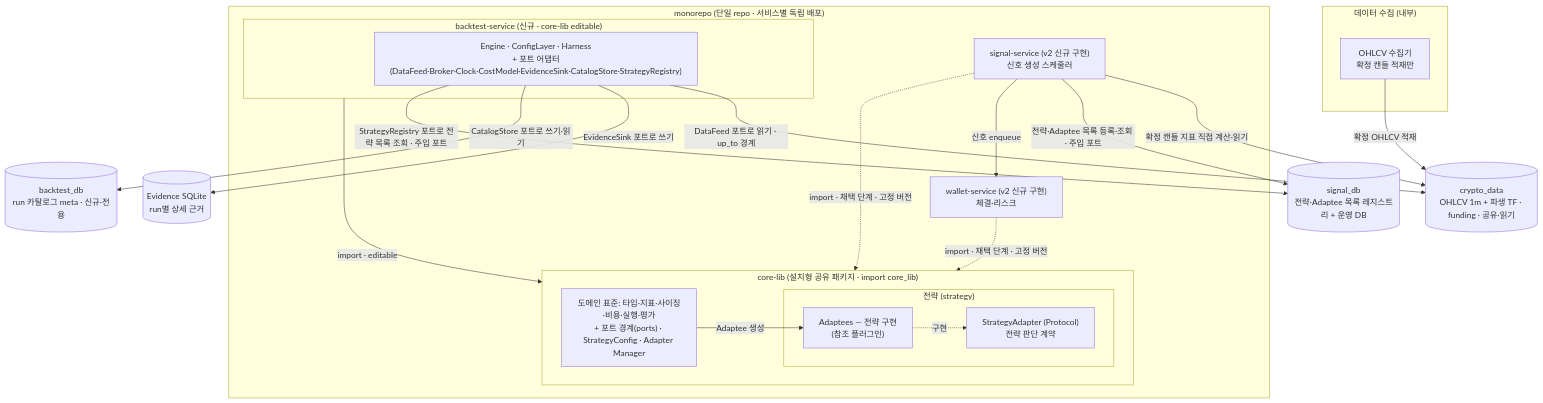
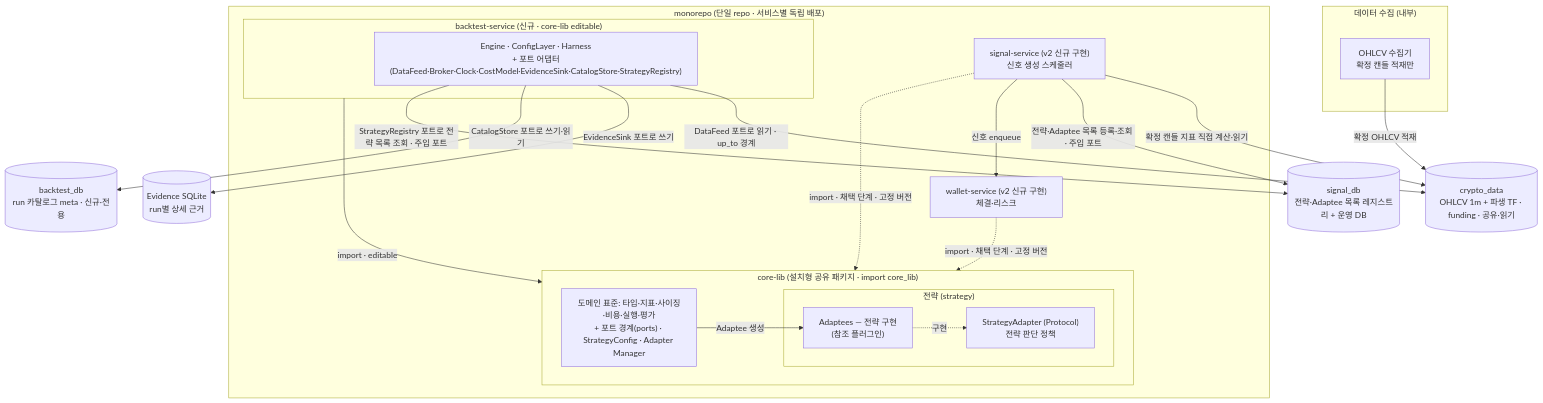
The first of 38 diagrams in docs/fullspec/backtest_v2_detailed_design.md (vessel35/trading-system-v2), drawn with Mermaid before and after one commit. The commit also changed other lines of this file and 21 other files, not shown here.

````diff
--- a/docs/fullspec/backtest_v2_detailed_design.md
+++ b/docs/fullspec/backtest_v2_detailed_design.md
@@ -165,41 +165,41 @@
 ```mermaid
 flowchart TD
     subgraph REPO["monorepo (단일 repo · 서비스별 독립 배포)"]
         subgraph CORELIB["core-lib (설치형 공유 패키지 · import core_lib)"]
             CORE["도메인 표준: 타입·지표·사이징·비용·실행·평가<br/>+ 포트 경계(ports) · StrategyConfig · Adapter Manager"]
             subgraph STRATBLK["전략 (strategy)"]
-                SADP["StrategyAdapter (Protocol)<br/>전략 판단 계약"]
+                SADP["StrategyAdapter (Protocol)<br/>전략 판단 정책"]
                 ADP["Adaptees — 전략 구현<br/>(참조 플러그인)"]
             end
         end
         subgraph BTS["backtest-service (신규 · core-lib editable)"]
             ENG["Engine · ConfigLayer · Harness<br/>+ 포트 어댑터(DataFeed·Broker·Clock·CostModel·EvidenceSink·CatalogStore·StrategyRegistry)"]
         end
         SS["signal-service (v2 신규 구현)<br/>신호 생성 스케줄러"]
         WS["wallet-service (v2 신규 구현)<br/>체결·리스크"]
     end
     subgraph COLLECT["데이터 수집 (내부)"]
         COLL["OHLCV 수집기<br/>확정 캔들 적재만"]
     end
     CD[("crypto_data<br/>OHLCV 1m + 파생 TF · funding · 공유·읽기")]
     PG[("backtest_db<br/>run 카탈로그 meta · 신규·전용")]
     SDB[("signal_db<br/>전략·Adaptee 목록 레지스트리 + 운영 DB")]
     SQ[("Evidence SQLite<br/>run별 상세 근거")]
 
     ADP -.->|구현| SADP
     CORE -->|Adaptee 생성| ADP
 
     BTS -->|import · editable| CORELIB
     SS -.->|import · 채택 단계 · 고정 버전| CORELIB
     WS -.->|import · 채택 단계 · 고정 버전| CORELIB
 
     ENG -->|DataFeed 포트로 읽기 · up_to 경계| CD
     ENG -->|EvidenceSink 포트로 쓰기| SQ
     ENG -->|CatalogStore 포트로 쓰기·읽기| PG
     ENG -->|StrategyRegistry 포트로 전략 목록 조회 · 주입 포트| SDB
 
     COLL -->|확정 OHLCV 적재| CD
     SS -->|확정 캔들 지표 직접 계산·읽기| CD
     SS -->|전략·Adaptee 목록 등록·조회 · 주입 포트| SDB
     SS -->|신호 enqueue| WS
 ```
````
